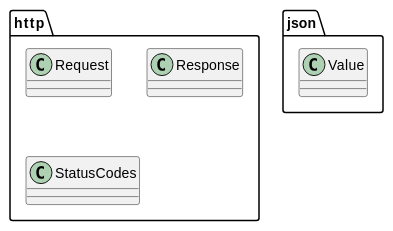
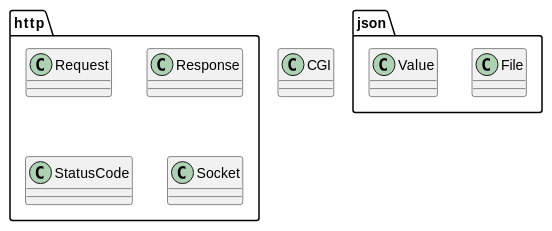
Before and after one commit to t-h2o/webserv: the second of 7 diagrams in docs/README.adoc, drawn with PlantUML. The commit also changed other lines of this file and 2 other files, not shown here.

Commit message:
docs: class diagram (#47)
- update classes diagram
- update the section title
- add cgi class

```diff
--- a/docs/README.adoc
+++ b/docs/README.adoc
@@ -22,9 +22,12 @@
 [plantuml, target=class, format=svg, width=60%]
 ....
 set separator ::
 
+class CGI
 class http::Request
 class http::Response
-class http::StatusCodes
+class http::StatusCode
+class http::Socket
+class json::File
 class json::Value
 ....
```
